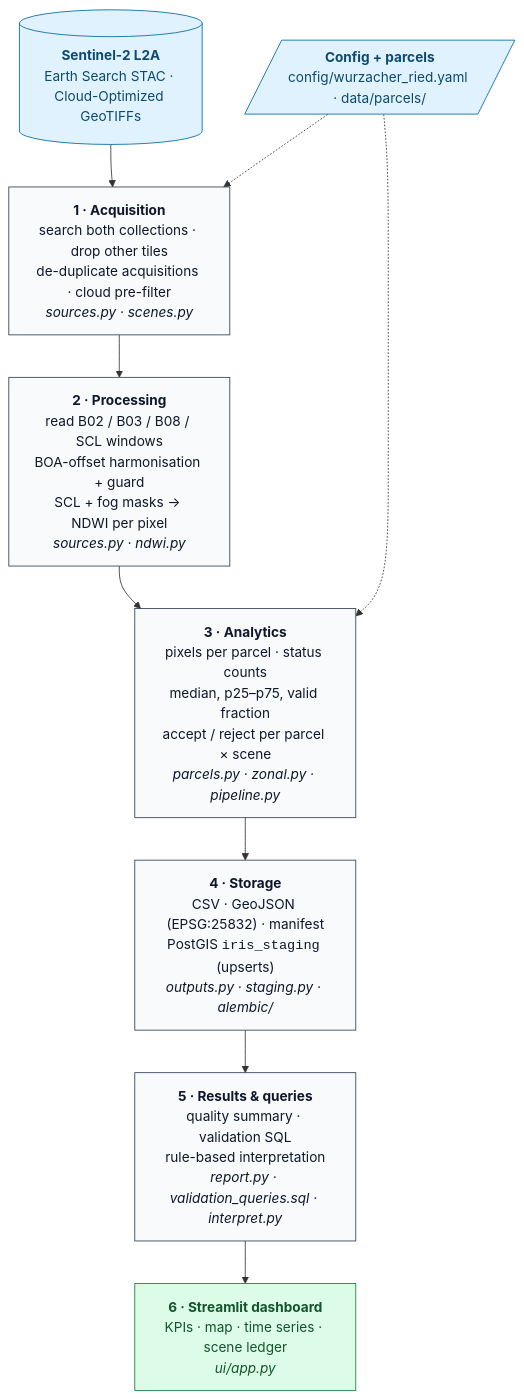
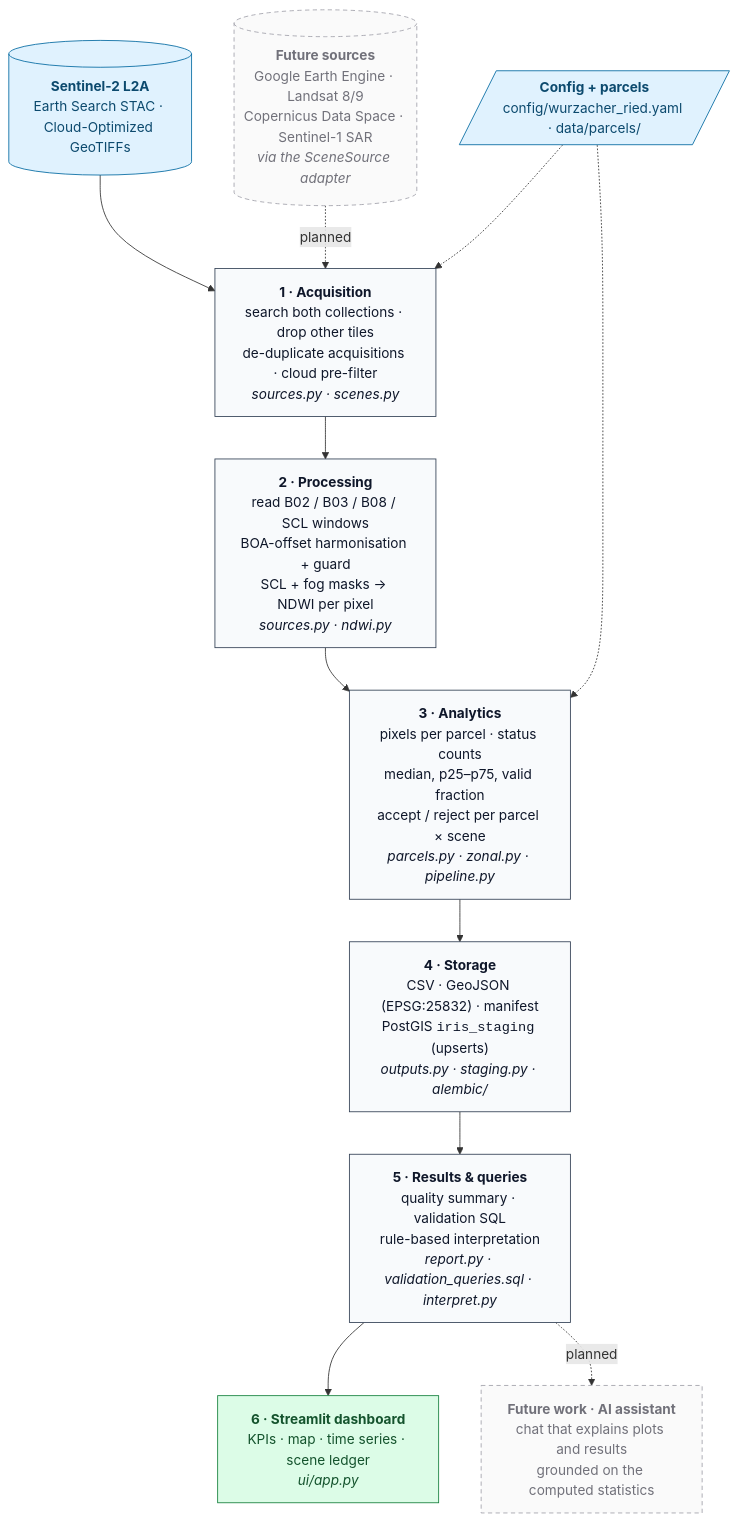
One commit to SomayehAhmadpour/Peatland-Moisture-Index changed the diagram in README.md. Above: the diagram before and after it, drawn with Mermaid.

Commit message:
Workflow diagram: add planned data sources and AI assistant

````diff
--- a/README.md
+++ b/README.md
@@ -18,23 +18,29 @@
 ```mermaid
 flowchart TD
     S2[("<b>Sentinel-2 L2A</b><br/>Earth Search STAC · Cloud-Optimized GeoTIFFs")]
+    FUTSRC[("<b>Future sources</b><br/>Google Earth Engine · Landsat 8/9<br/>Copernicus Data Space · Sentinel-1 SAR<br/><i>via the SceneSource adapter</i>")]
     CFG[/"<b>Config + parcels</b><br/>config/wurzacher_ried.yaml · data/parcels/"/]
 
     ACQ["<b>1 · Acquisition</b><br/>search both collections · drop other tiles<br/>de-duplicate acquisitions · cloud pre-filter<br/><i>sources.py · scenes.py</i>"]
     PRO["<b>2 · Processing</b><br/>read B02 / B03 / B08 / SCL windows<br/>BOA-offset harmonisation + guard<br/>SCL + fog masks → NDWI per pixel<br/><i>sources.py · ndwi.py</i>"]
     ANA["<b>3 · Analytics</b><br/>pixels per parcel · status counts<br/>median, p25–p75, valid fraction<br/>accept / reject per parcel × scene<br/><i>parcels.py · zonal.py · pipeline.py</i>"]
     STO["<b>4 · Storage</b><br/>CSV · GeoJSON (EPSG:25832) · manifest<br/>PostGIS <code>iris_staging</code> (upserts)<br/><i>outputs.py · staging.py · alembic/</i>"]
     SRV["<b>5 · Results & queries</b><br/>quality summary · validation SQL<br/>rule-based interpretation<br/><i>report.py · validation_queries.sql · interpret.py</i>"]
     UI["<b>6 · Streamlit dashboard</b><br/>KPIs · map · time series · scene ledger<br/><i>ui/app.py</i>"]
+    FUTAI["<b>Future work · AI assistant</b><br/>chat that explains plots and results<br/>grounded on the computed statistics"]
 
     S2 --> ACQ --> PRO --> ANA --> STO --> SRV --> UI
     CFG -.-> ACQ
     CFG -.-> ANA
+    FUTSRC -.->|planned| ACQ
+    SRV -.->|planned| FUTAI
 
     classDef source fill:#e0f2fe,stroke:#0369a1,color:#0c4a6e
     classDef stage fill:#f8fafc,stroke:#334155,color:#0f172a
     classDef ui fill:#dcfce7,stroke:#15803d,color:#14532d
+    classDef future fill:#fafafa,stroke:#a1a1aa,stroke-dasharray:5 4,color:#71717a
     class S2,CFG source
     class ACQ,PRO,ANA,STO,SRV stage
     class UI ui
+    class FUTSRC,FUTAI future
 ```
````
